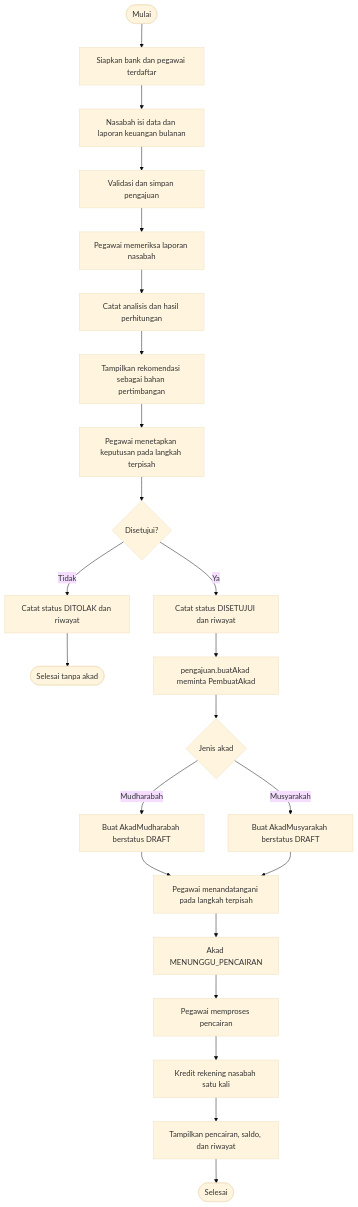
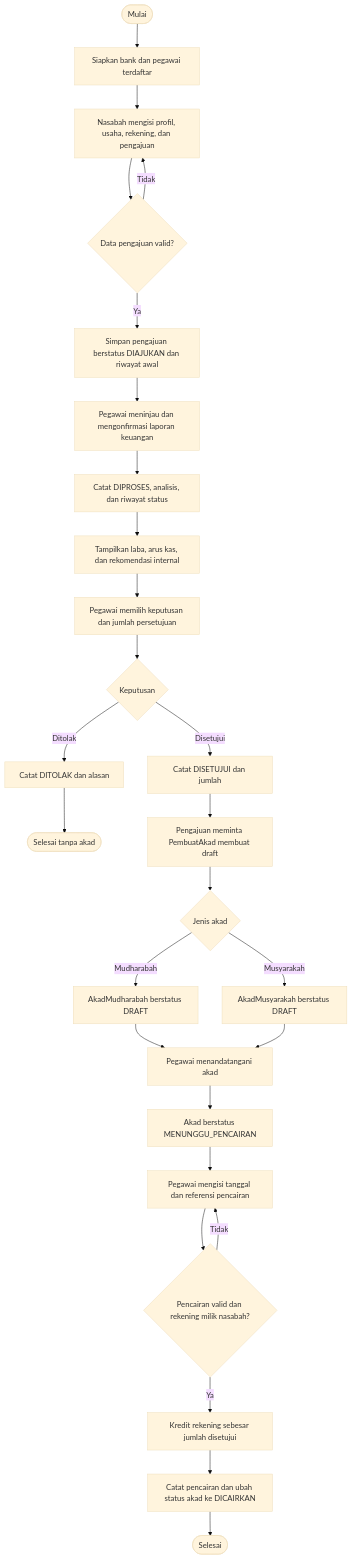
Before and after one commit to ahmadaliaddakhil-coder/OOP-BankSyariah: the third of 4 diagrams in UML-DAN-FLOWCHART.md, drawn with Mermaid (base theme). The commit also changed other lines of this file and 24 other files, not shown here.

Commit message:
feature: update UML box

````diff
--- a/UML-DAN-FLOWCHART.md
+++ b/UML-DAN-FLOWCHART.md
@@ -372,25 +411,29 @@
 ```mermaid
 flowchart TD
     A([Mulai]) --> B[Siapkan bank dan pegawai terdaftar]
-    B --> C[Nasabah isi data dan laporan keuangan bulanan]
-    C --> D[Validasi dan simpan pengajuan]
-    D --> E[Pegawai memeriksa laporan nasabah]
-    E --> F[Catat analisis dan hasil perhitungan]
-    F --> G[Tampilkan rekomendasi sebagai bahan pertimbangan]
-    G --> H[Pegawai menetapkan keputusan pada langkah terpisah]
-    H --> I{Disetujui?}
-    I -- Tidak --> J[Catat status DITOLAK dan riwayat]
-    J --> K([Selesai tanpa akad])
-    I -- Ya --> L[Catat status DISETUJUI dan riwayat]
-    L --> M[pengajuan.buatAkad meminta PembuatAkad]
-    M --> N{Jenis akad}
-    N -- Mudharabah --> O[Buat AkadMudharabah berstatus DRAFT]
-    N -- Musyarakah --> P[Buat AkadMusyarakah berstatus DRAFT]
-    O --> Q[Pegawai menandatangani pada langkah terpisah]
-    P --> Q
-    Q --> R[Akad MENUNGGU_PENCAIRAN]
-    R --> S[Pegawai memproses pencairan]
-    S --> T[Kredit rekening nasabah satu kali]
-    T --> U[Tampilkan pencairan, saldo, dan riwayat]
-    U --> V([Selesai])
+    B --> C[Nasabah mengisi profil, usaha, rekening, dan pengajuan]
+    C --> D{Data pengajuan valid?}
+    D -- Tidak --> C
+    D -- Ya --> E[Simpan pengajuan berstatus DIAJUKAN dan riwayat awal]
+    E --> F[Pegawai meninjau dan mengonfirmasi laporan keuangan]
+    F --> G[Catat DIPROSES, analisis, dan riwayat status]
+    G --> H[Tampilkan laba, arus kas, dan rekomendasi internal]
+    H --> I[Pegawai memilih keputusan dan jumlah persetujuan]
+    I --> J{Keputusan}
+    J -- Ditolak --> K[Catat DITOLAK dan alasan]
+    K --> L([Selesai tanpa akad])
+    J -- Disetujui --> M[Catat DISETUJUI dan jumlah]
+    M --> N[Pengajuan meminta PembuatAkad membuat draft]
+    N --> O{Jenis akad}
+    O -- Mudharabah --> P[AkadMudharabah berstatus DRAFT]
+    O -- Musyarakah --> Q[AkadMusyarakah berstatus DRAFT]
+    P --> R[Pegawai menandatangani akad]
+    Q --> R
+    R --> S[Akad berstatus MENUNGGU_PENCAIRAN]
+    S --> T[Pegawai mengisi tanggal dan referensi pencairan]
+    T --> U{Pencairan valid dan rekening milik nasabah?}
+    U -- Tidak --> T
+    U -- Ya --> V[Kredit rekening sebesar jumlah disetujui]
+    V --> W[Catat pencairan dan ubah status akad ke DICAIRKAN]
+    W --> X([Selesai])
 ```
````
